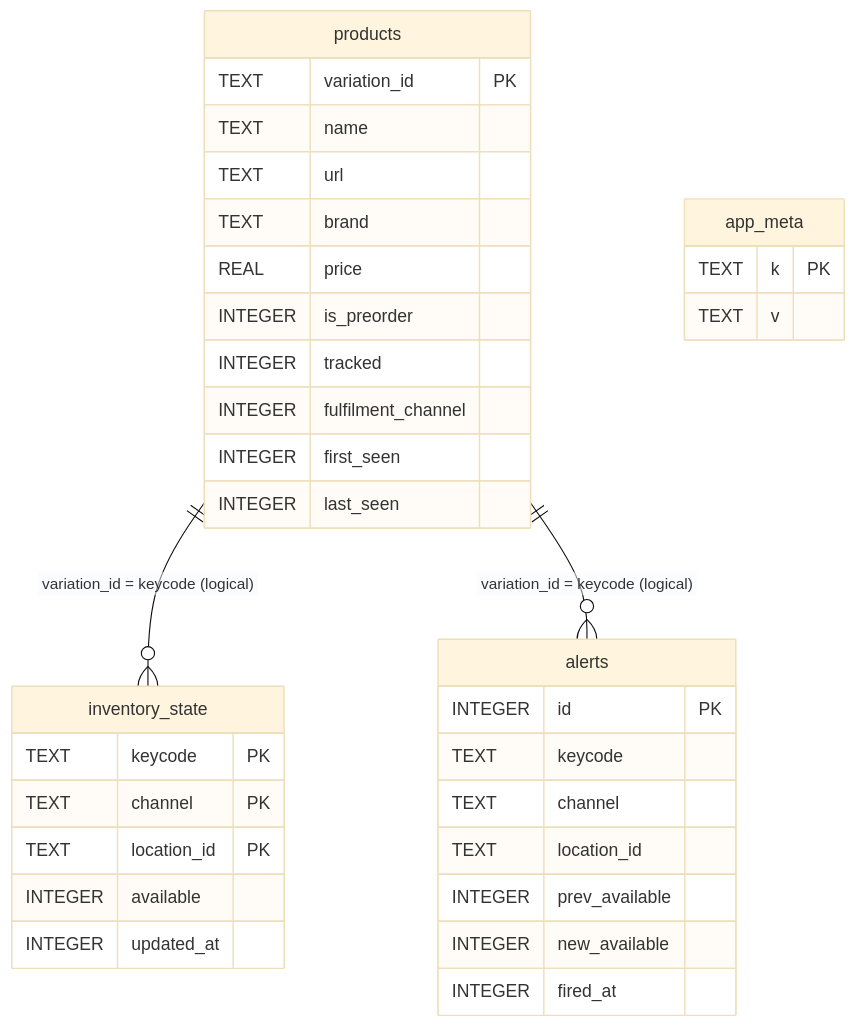
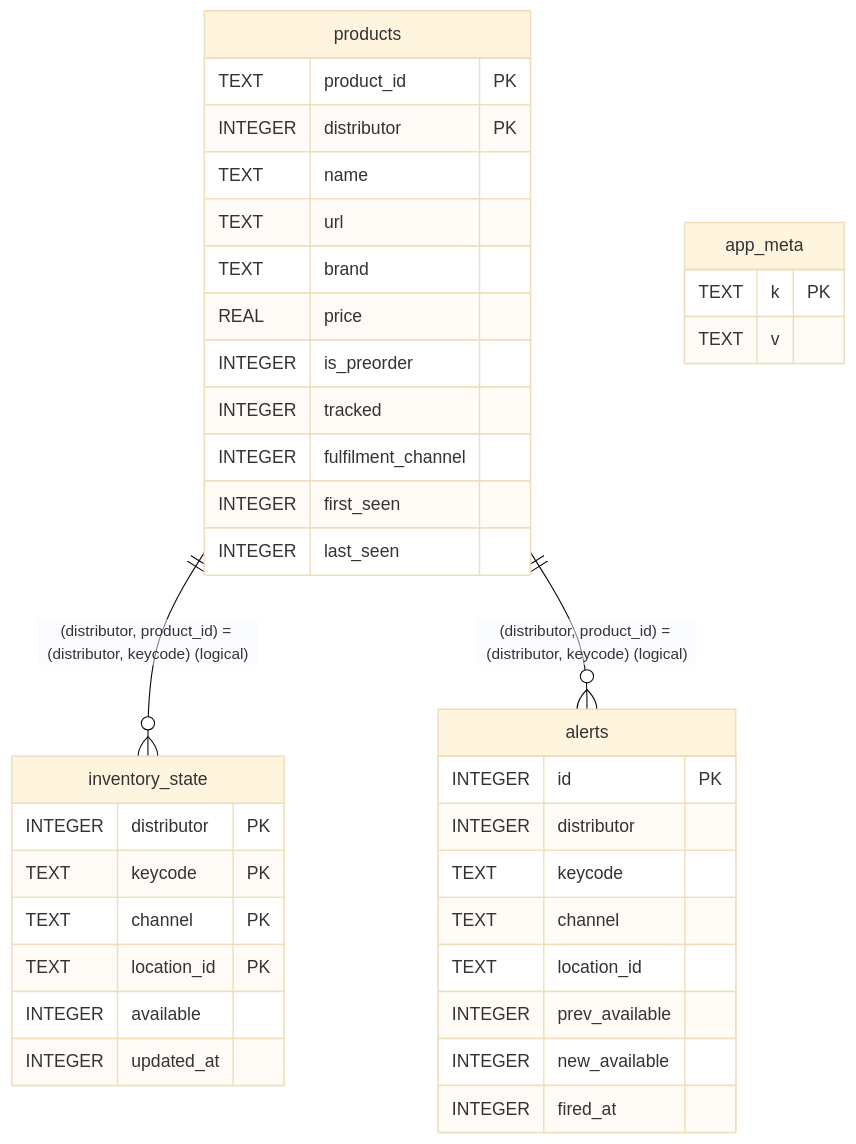
One commit to BrandonHannan/RestockerApp changed the first of 2 diagrams in Database.md. Above: the diagram before and after it, drawn with Mermaid (base theme). The commit also changed other lines of this file and 34 other files, not shown here.

````diff
--- a/Database.md
+++ b/Database.md
@@ -108,37 +126,40 @@
 ```mermaid
 erDiagram
-  products ||--o{ inventory_state : "variation_id = keycode (logical)"
-  products ||--o{ alerts : "variation_id = keycode (logical)"
+  products ||--o{ inventory_state : "(distributor, product_id) = (distributor, keycode) (logical)"
+  products ||--o{ alerts : "(distributor, product_id) = (distributor, keycode) (logical)"
   products {
-    TEXT variation_id PK
+    TEXT product_id PK
+    INTEGER distributor PK
     TEXT name
     TEXT url
     TEXT brand
     REAL price
     INTEGER is_preorder
     INTEGER tracked
     INTEGER fulfilment_channel
     INTEGER first_seen
     INTEGER last_seen
   }
   inventory_state {
+    INTEGER distributor PK
     TEXT keycode PK
     TEXT channel PK
     TEXT location_id PK
     INTEGER available
     INTEGER updated_at
   }
   alerts {
     INTEGER id PK
+    INTEGER distributor
     TEXT keycode
     TEXT channel
     TEXT location_id
     INTEGER prev_available
     INTEGER new_available
     INTEGER fired_at
   }
   app_meta {
     TEXT k PK
     TEXT v
   }
 ```
````
